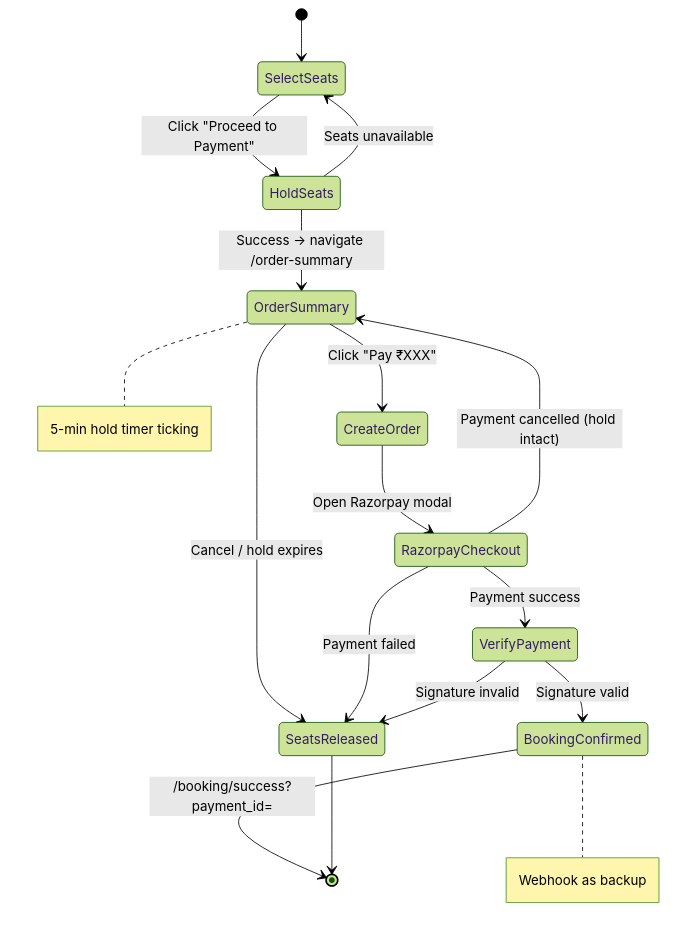
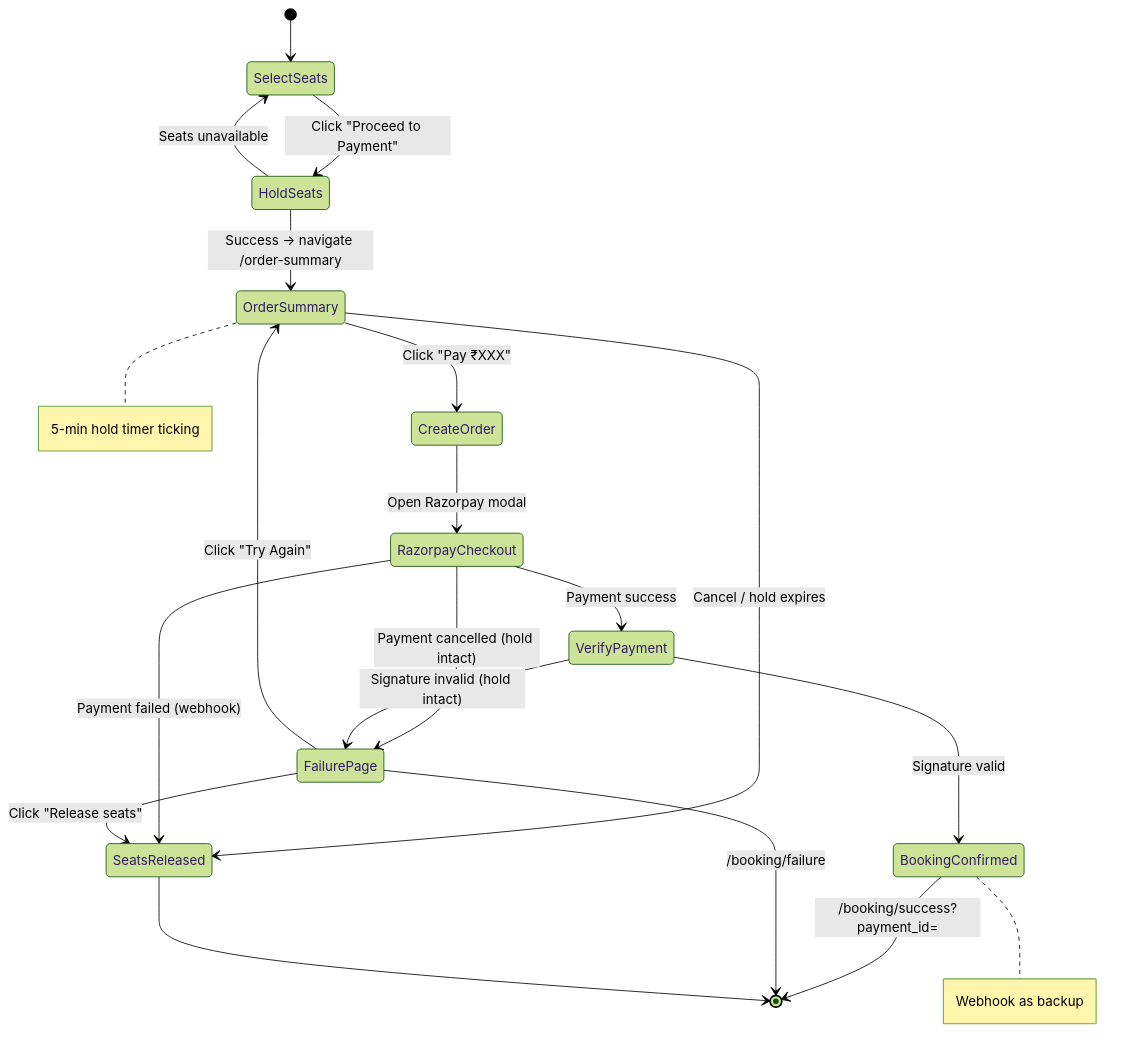
One commit to hduraimurugan/cinema-app-docs changed the fifth of 6 diagrams in payment and booking implementation.md. Above: the diagram before and after it, drawn with Mermaid (forest theme). The commit also changed other lines of this file and 1 other file, not shown here.

Commit message:
update: add BookingFailurePage for handling payment cancellations and failures; enhance user flow with retry and release options

````diff
--- a/payment and booking implementation.md
+++ b/payment and booking implementation.md
@@ -1209,26 +1213,30 @@
 ```mermaid
 stateDiagram-v2
     [*] --> SelectSeats
     SelectSeats --> HoldSeats: Click "Proceed to Payment"
 
     HoldSeats --> OrderSummary: Success → navigate /order-summary
     HoldSeats --> SelectSeats: Seats unavailable
 
     OrderSummary --> CreateOrder: Click "Pay ₹XXX"
     OrderSummary --> SeatsReleased: Cancel / hold expires
 
     CreateOrder --> RazorpayCheckout: Open Razorpay modal
 
     RazorpayCheckout --> VerifyPayment: Payment success
-    RazorpayCheckout --> OrderSummary: Payment cancelled (hold intact)
-    RazorpayCheckout --> SeatsReleased: Payment failed
+    RazorpayCheckout --> FailurePage: Payment cancelled (hold intact)
+    RazorpayCheckout --> SeatsReleased: Payment failed (webhook)
 
     VerifyPayment --> BookingConfirmed: Signature valid
-    VerifyPayment --> SeatsReleased: Signature invalid
+    VerifyPayment --> FailurePage: Signature invalid (hold intact)
+
+    FailurePage --> OrderSummary: Click "Try Again"
+    FailurePage --> SeatsReleased: Click "Release seats"
 
     BookingConfirmed --> [*]: /booking/success?payment_id=
+    FailurePage --> [*]: /booking/failure
     SeatsReleased --> [*]
 
     note right of OrderSummary: 5-min hold timer ticking
     note right of BookingConfirmed: Webhook as backup
 ```
````
